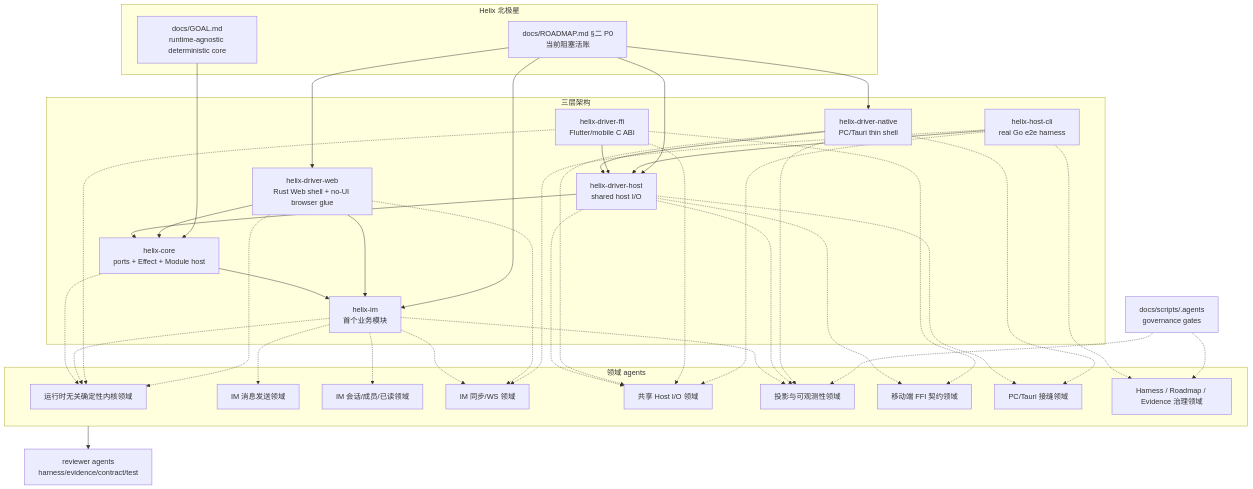
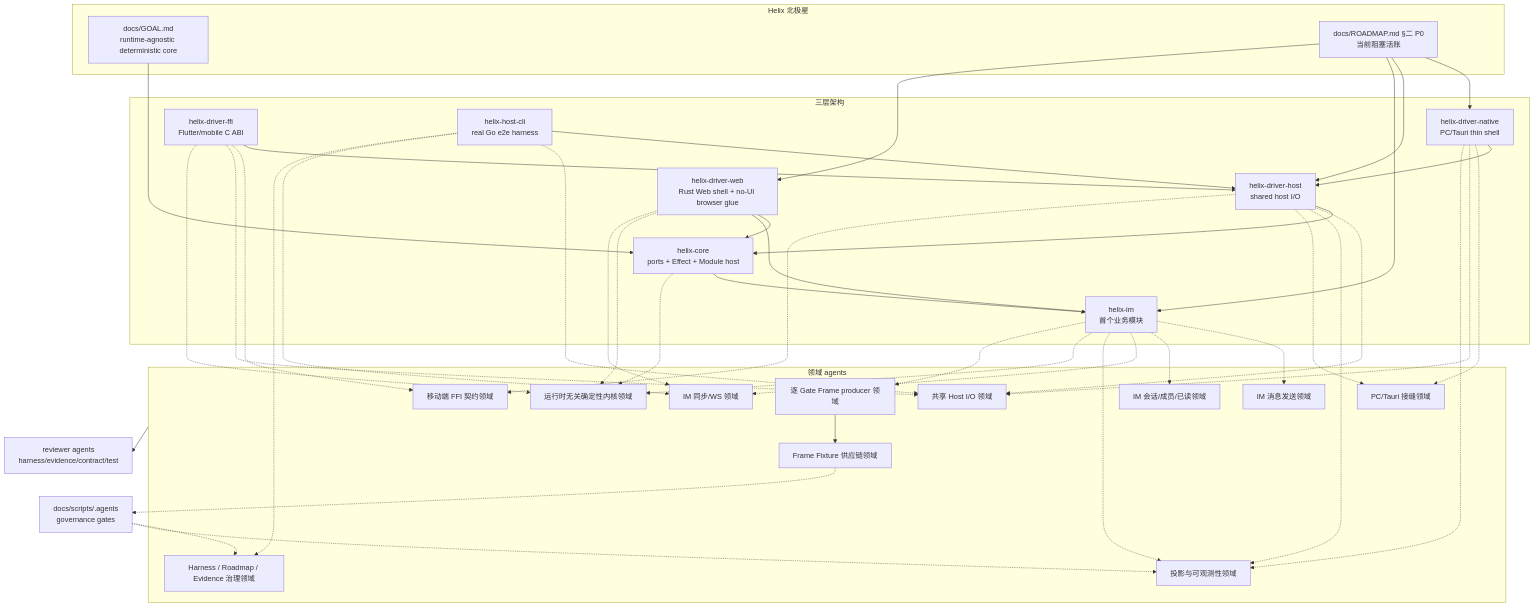
One commit to zxs1633079383/helix changed the diagram in .agents/diagrams/project-domain-map.mmd. Above: the diagram before and after it, drawn with Mermaid. The commit also changed 17 other files, not shown here.

```diff
--- a/.agents/diagrams/project-domain-map.mmd
+++ b/.agents/diagrams/project-domain-map.mmd
@@ -1,62 +1,67 @@
 flowchart TB
   subgraph North["Helix 北极星"]
     GOAL["docs/GOAL.md\nruntime-agnostic deterministic core"]
     P0["docs/ROADMAP.md §二 P0\n当前阻塞活账"]
   end
   subgraph Layers["三层架构"]
     Core["helix-core\nports + Effect + Module host"]
     IM["helix-im\n首个业务模块"]
     Host["helix-driver-host\nshared host I/O"]
     Native["helix-driver-native\nPC/Tauri thin shell"]
     FFI["helix-driver-ffi\nFlutter/mobile C ABI"]
     Web["helix-driver-web\nRust Web shell + no-UI browser glue"]
     CLI["helix-host-cli\nreal Go e2e harness"]
   end
   Gov["docs/scripts/.agents\ngovernance gates"]
   Core --> IM
   Host --> Core
   Native --> Host
   FFI --> Host
   Web --> Core
   Web --> IM
   CLI --> Host
   subgraph Domains["领域 agents"]
     runtime_core["运行时无关确定性内核领域"]
     im_message["IM 消息发送领域"]
     im_channel["IM 会话/成员/已读领域"]
     im_sync["IM 同步/WS 领域"]
     host_io["共享 Host I/O 领域"]
     projection_observability["投影与可观测性领域"]
     mobile_ffi["移动端 FFI 契约领域"]
     native_tauri["PC/Tauri 接缝领域"]
     harness_governance["Harness / Roadmap / Evidence 治理领域"]
+    gate_frame_producer["逐 Gate Frame producer 领域"]
+    fixture_supply_chain["Frame Fixture 供应链领域"]
   end
   Core -.-> runtime_core
   IM -.-> im_message
   IM -.-> im_channel
   IM -.-> im_sync
   IM -.-> projection_observability
   IM -.-> runtime_core
   Host -.-> host_io
   Host -.-> projection_observability
   Host -.-> native_tauri
   Host -.-> mobile_ffi
   Native -.-> native_tauri
   Native -.-> host_io
   Native -.-> projection_observability
   FFI -.-> mobile_ffi
   FFI -.-> host_io
   FFI -.-> runtime_core
   Web -.-> runtime_core
   Web -.-> im_sync
   CLI -.-> host_io
   CLI -.-> im_sync
   CLI -.-> harness_governance
   Gov -.-> harness_governance
   Gov -.-> projection_observability
+  IM -.-> gate_frame_producer
+  gate_frame_producer --> fixture_supply_chain
+  fixture_supply_chain -.-> Gov
   GOAL --> Core
   P0 --> Native
   P0 --> Host
   P0 --> IM
   P0 --> Web
   Domains --> Reviewers["reviewer agents\nharness/evidence/contract/test"]
```
